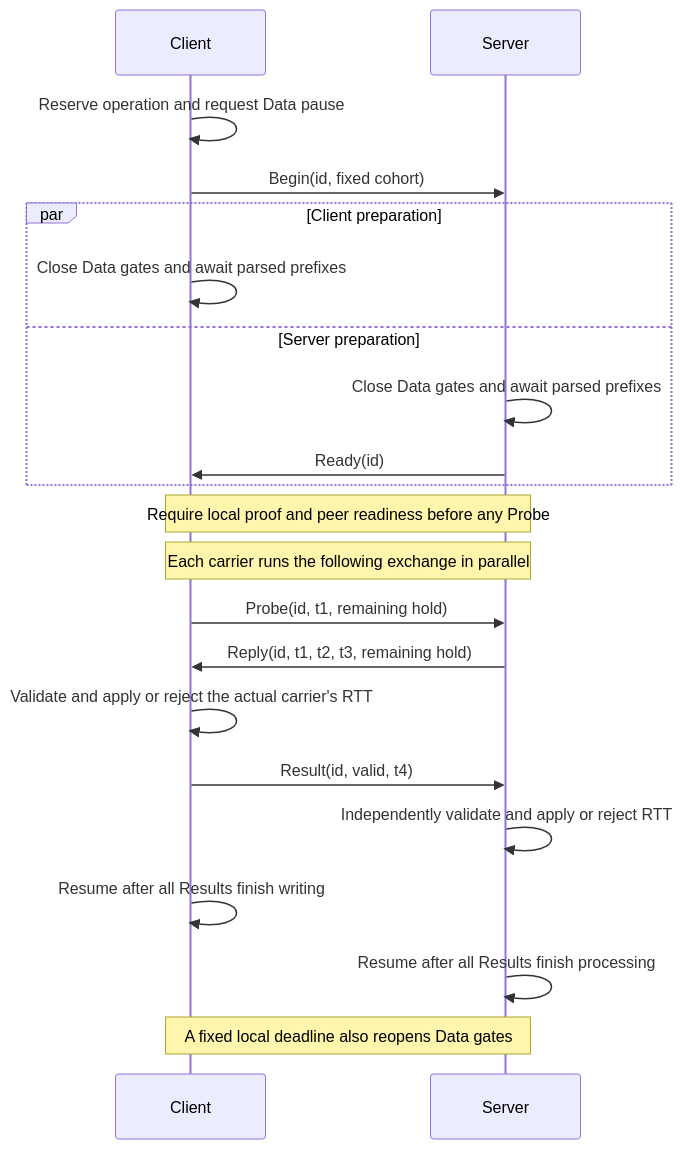
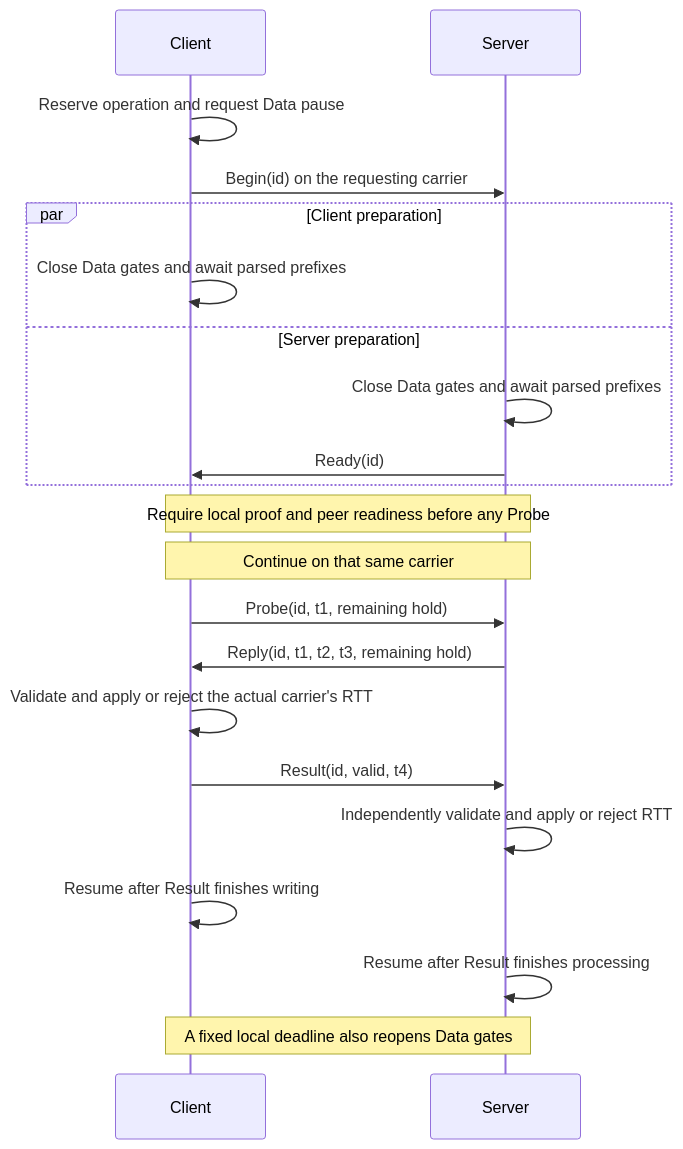
The fifth of 5 diagrams in docs/design.md (aofei/wirehop), drawn with Mermaid before and after one commit. The commit also changed other lines of this file and 42 other files, not shown here.

````diff
--- a/docs/design.md
+++ b/docs/design.md
@@ -1834,23 +1855,23 @@
 ```mermaid
 sequenceDiagram
     participant C as Client
     participant S as Server
     C->>C: Reserve operation and request Data pause
-    C->>S: Begin(id, fixed cohort)
+    C->>S: Begin(id) on the requesting carrier
     par Client preparation
         C->>C: Close Data gates and await parsed prefixes
     and Server preparation
         S->>S: Close Data gates and await parsed prefixes
         S->>C: Ready(id)
     end
     Note over C,S: Require local proof and peer readiness before any Probe
-    Note over C,S: Each carrier runs the following exchange in parallel
+    Note over C,S: Continue on that same carrier
     C->>S: Probe(id, t1, remaining hold)
     S->>C: Reply(id, t1, t2, t3, remaining hold)
     C->>C: Validate and apply or reject the actual carrier's RTT
     C->>S: Result(id, valid, t4)
     S->>S: Independently validate and apply or reject RTT
-    C->>C: Resume after all Results finish writing
-    S->>S: Resume after all Results finish processing
+    C->>C: Resume after Result finishes writing
+    S->>S: Resume after Result finishes processing
     Note over C,S: A fixed local deadline also reopens Data gates
 ```
````
